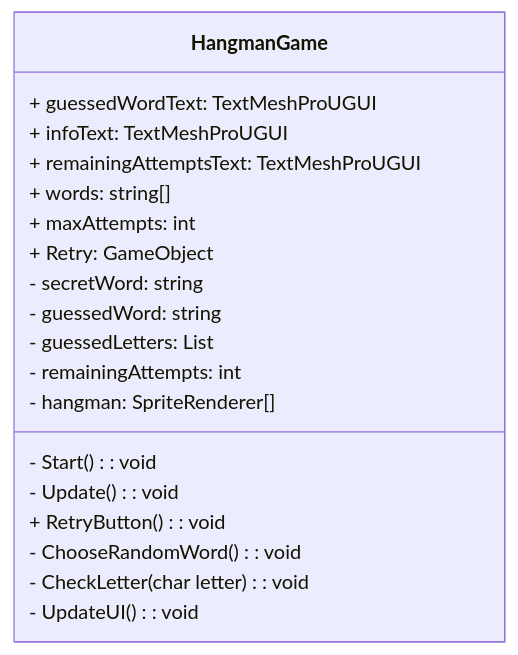
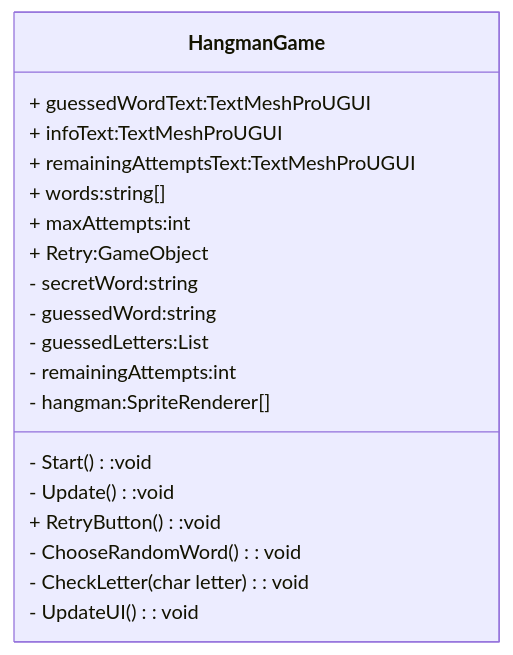
The diagram in README.md (4ahmns-sosem-2324/02-Hangman-cdoll), drawn with Mermaid before and after one commit.

````diff
--- a/README.md
+++ b/README.md
@@ -2,22 +2,22 @@
 ``` mermaid
 classDiagram
     class HangmanGame {
-	+ guessedWordText: TextMeshProUGUI
-	+ infoText: TextMeshProUGUI
-	+ remainingAttemptsText: TextMeshProUGUI
-        + words: string[]
-        + maxAttempts: int
-	+ Retry: GameObject
-        - secretWord: string
-        - guessedWord: string
-        - guessedLetters: List<char>
-        - remainingAttempts: int
-        - hangman: SpriteRenderer[]
-        - Start() : void
-        - Update() : void
-        + RetryButton() : void
-        - ChooseRandomWord() : void
-        - CheckLetter(char letter) : void
-        - UpdateUI() : void
+	+ guessedWordText:TextMeshProUGUI
+	+ infoText:TextMeshProUGUI
+	+ remainingAttemptsText:TextMeshProUGUI
+        + words:string[]
+        + maxAttempts:int
+	+ Retry:GameObject
+        - secretWord:string
+        - guessedWord:string
+        - guessedLetters:List<char>
+        - remainingAttempts:int
+        - hangman:SpriteRenderer[]
+        - Start():void
+        - Update():void
+        + RetryButton():void
+        - ChooseRandomWord(): void
+        - CheckLetter(char letter): void
+        - UpdateUI(): void
     }
 ```
````
